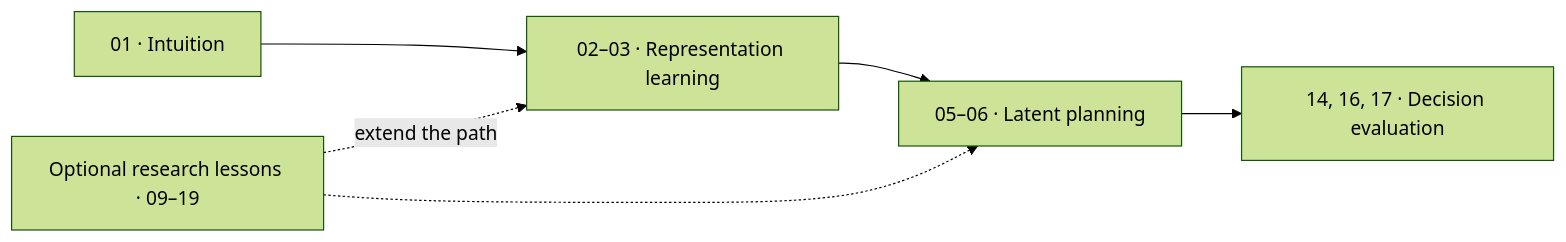
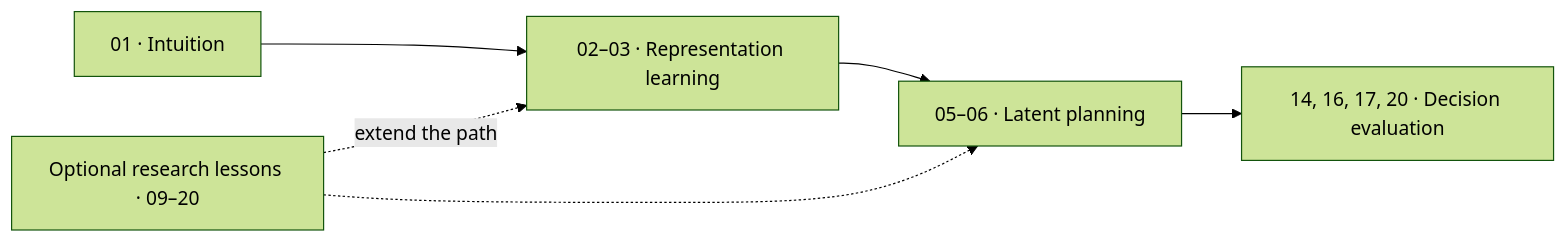
The diagram in README.md (AbstractLogix/jepa-world-models), drawn with Mermaid (forest theme) before and after one commit. The commit also changed other lines of this file and 20 other files, not shown here.

````diff
--- a/README.md
+++ b/README.md
@@ -13,8 +13,8 @@
 ```mermaid
 flowchart LR
     A["01 · Intuition"] --> B["02–03 · Representation learning"]
     B --> C["05–06 · Latent planning"]
-    C --> D["14, 16, 17 · Decision evaluation"]
-    E["Optional research lessons · 09–19"] -. "extend the path" .-> B
+    C --> D["14, 16, 17, 20 · Decision evaluation"]
+    E["Optional research lessons · 09–20"] -. "extend the path" .-> B
     E -.-> C
 ```
````
